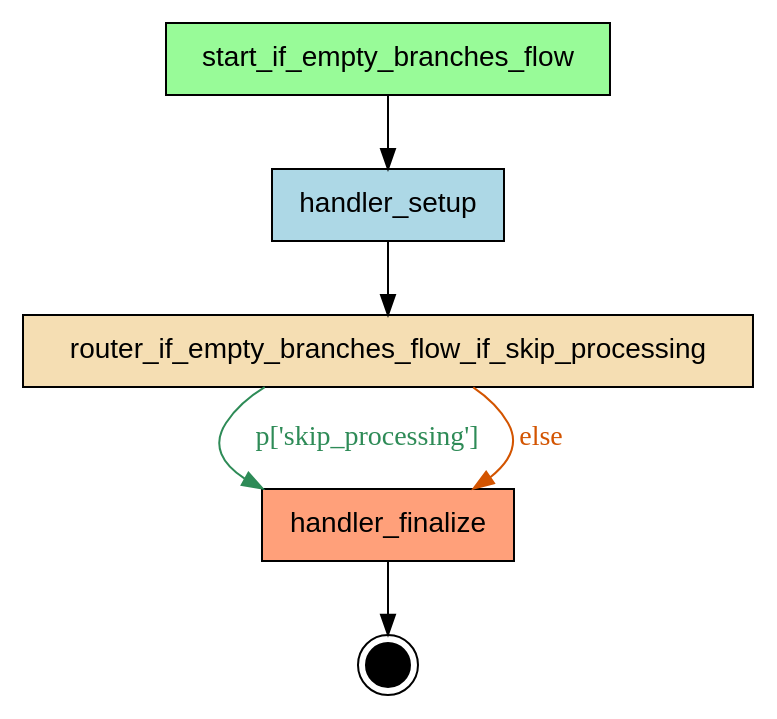
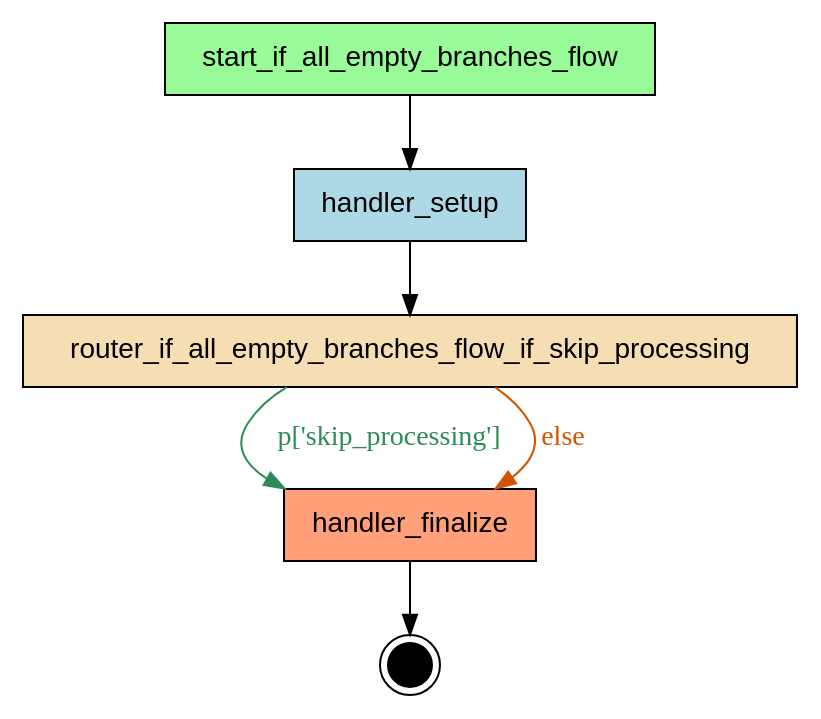
The diagram in examples/flows/compiled/if_all_empty_branches/flow.dot (deliveryhero/asya), drawn with Graphviz before and after one commit. The commit also changed 918 other files, not shown here.

Commit message:
chore: recompile example flows with __end__ node and volume mounts

```diff
--- a/examples/flows/compiled/if_all_empty_branches/flow.dot
+++ b/examples/flows/compiled/if_all_empty_branches/flow.dot
@@ -1,19 +1,18 @@
-digraph "if_empty_branches_flow" {
+digraph "if_all_empty_branches_flow" {
     rankdir=TB;
     node [shape=box, style=filled, fontname="Helvetica"];
 
-    { rank=source; start_if_empty_branches_flow; }
+    { rank=source; start_if_all_empty_branches_flow; }
 
     handler_finalize [label="handler_finalize", fillcolor=lightsalmon];
     handler_setup [label="handler_setup", fillcolor=lightblue];
-    router_if_empty_branches_flow_if_skip_processing [label="router_if_empty_branches_flow_if_skip_processing", fillcolor=wheat];
-    start_if_empty_branches_flow [label="start_if_empty_branches_flow", fillcolor=palegreen];
-
+    router_if_all_empty_branches_flow_if_skip_processing [label="router_if_all_empty_branches_flow_if_skip_processing", fillcolor=wheat];
+    start_if_all_empty_branches_flow [label="start_if_all_empty_branches_flow", fillcolor=palegreen];
     __end__ [label="", shape=doublecircle, fillcolor=black, width=0.3, fixedsize=true];
 
-    start_if_empty_branches_flow -> handler_setup;
-    handler_setup -> router_if_empty_branches_flow_if_skip_processing;
-    router_if_empty_branches_flow_if_skip_processing -> handler_finalize [label="p['skip_processing']", color="#2E8B57", fontcolor="#2E8B57"];
-    router_if_empty_branches_flow_if_skip_processing -> handler_finalize [label="else", color="#D35400", fontcolor="#D35400"];
+    start_if_all_empty_branches_flow -> handler_setup;
+    handler_setup -> router_if_all_empty_branches_flow_if_skip_processing;
+    router_if_all_empty_branches_flow_if_skip_processing -> handler_finalize [label="p['skip_processing']", color="#2E8B57", fontcolor="#2E8B57"];
+    router_if_all_empty_branches_flow_if_skip_processing -> handler_finalize [label="else", color="#D35400", fontcolor="#D35400"];
     handler_finalize -> __end__;
 }
```
